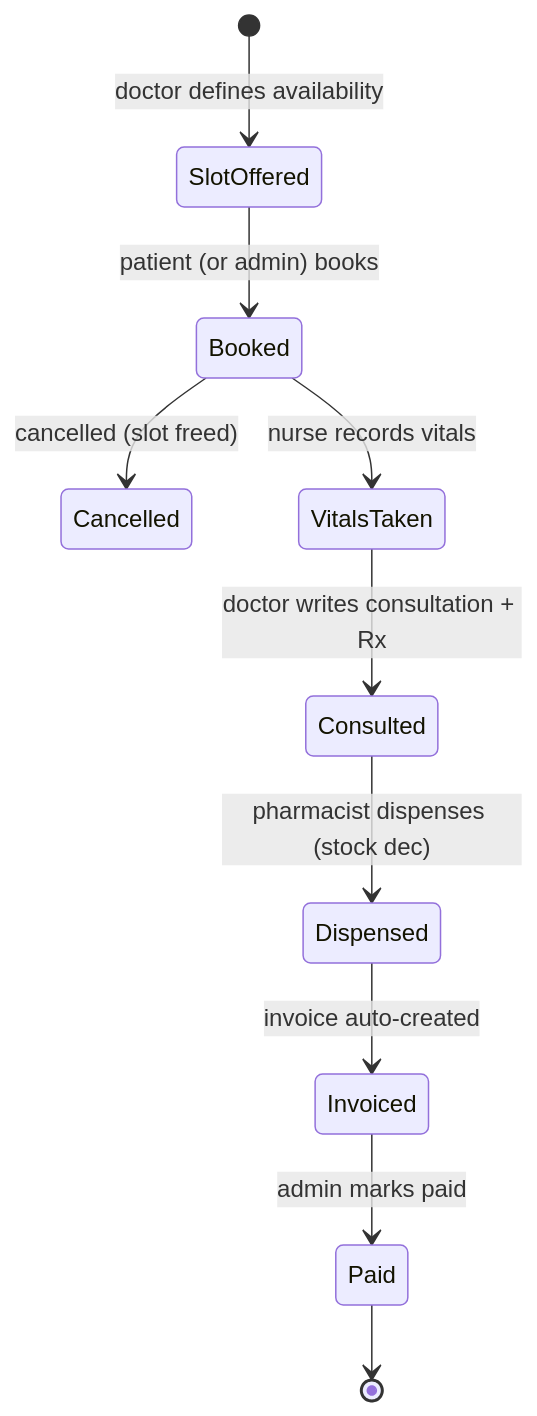
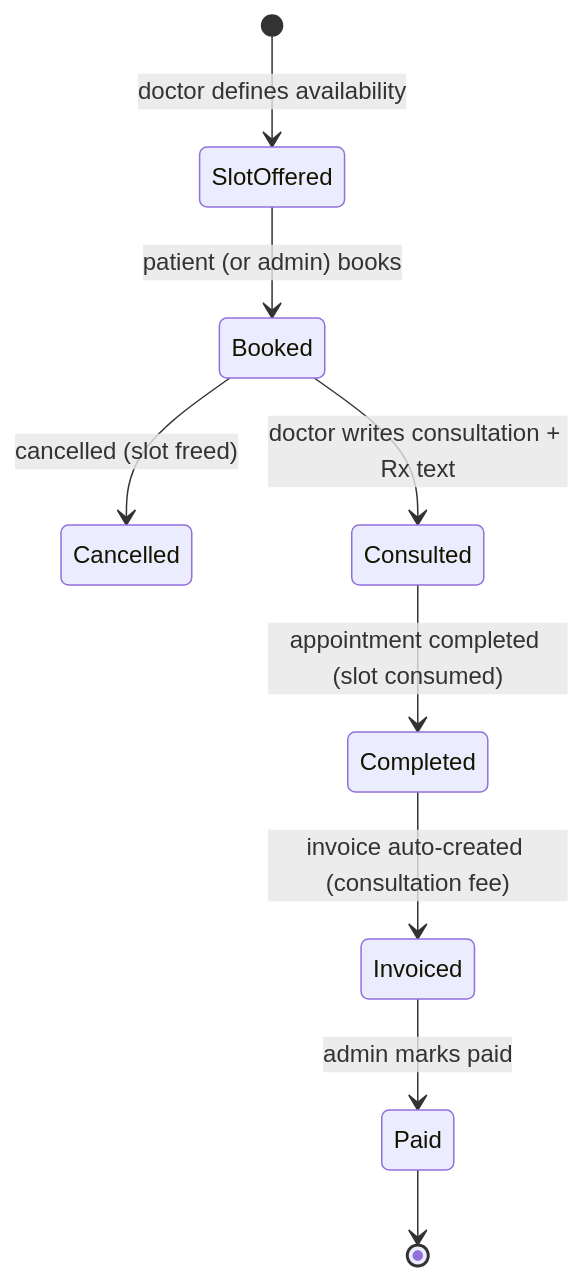
The second of 2 diagrams in docs/domain-model.md (Gaston202/NetworksProject), drawn with Mermaid before and after one commit. The commit also changed other lines of this file and 9 other files, not shown here.

````diff
--- a/docs/domain-model.md
+++ b/docs/domain-model.md
@@ -61,12 +49,11 @@
 ```mermaid
 stateDiagram-v2
     [*] --> SlotOffered: doctor defines availability
     SlotOffered --> Booked: patient (or admin) books
     Booked --> Cancelled: cancelled (slot freed)
-    Booked --> VitalsTaken: nurse records vitals
-    VitalsTaken --> Consulted: doctor writes consultation + Rx
-    Consulted --> Dispensed: pharmacist dispenses (stock dec)
-    Dispensed --> Invoiced: invoice auto-created
+    Booked --> Consulted: doctor writes consultation + Rx text
+    Consulted --> Completed: appointment completed (slot consumed)
+    Completed --> Invoiced: invoice auto-created (consultation fee)
     Invoiced --> Paid: admin marks paid
     Paid --> [*]
 ```
````
